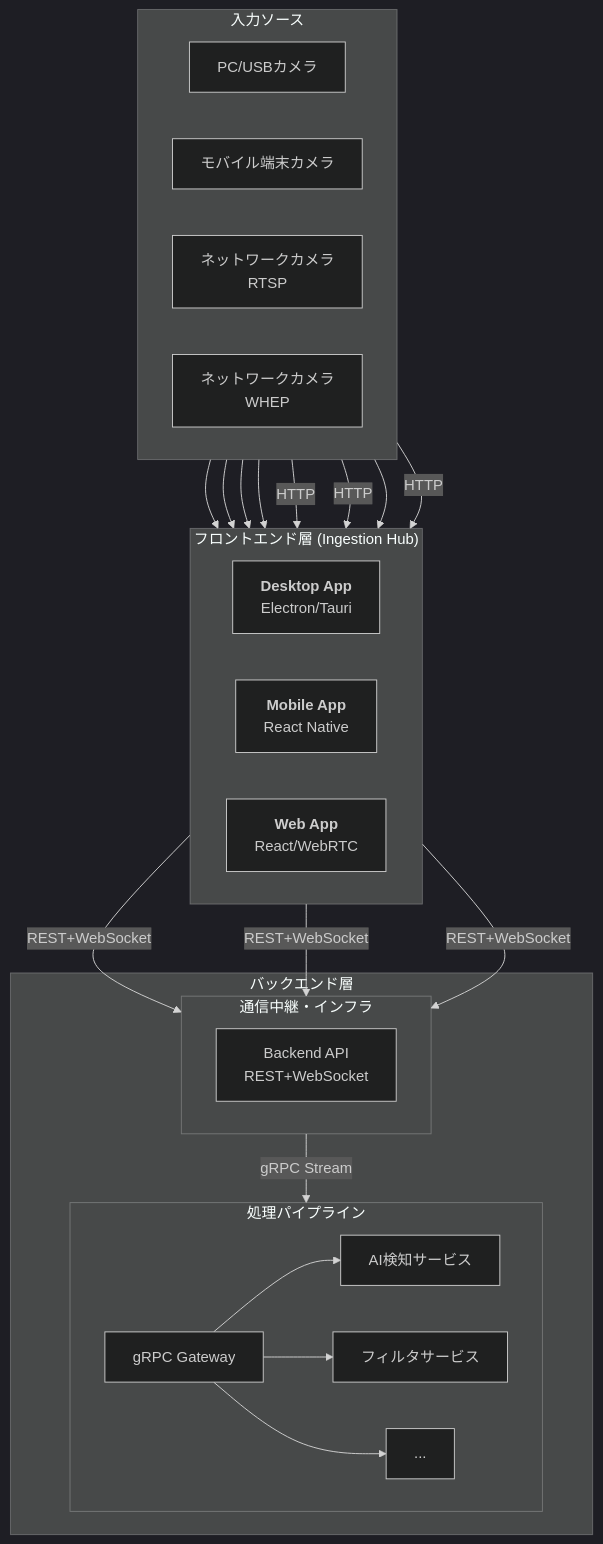
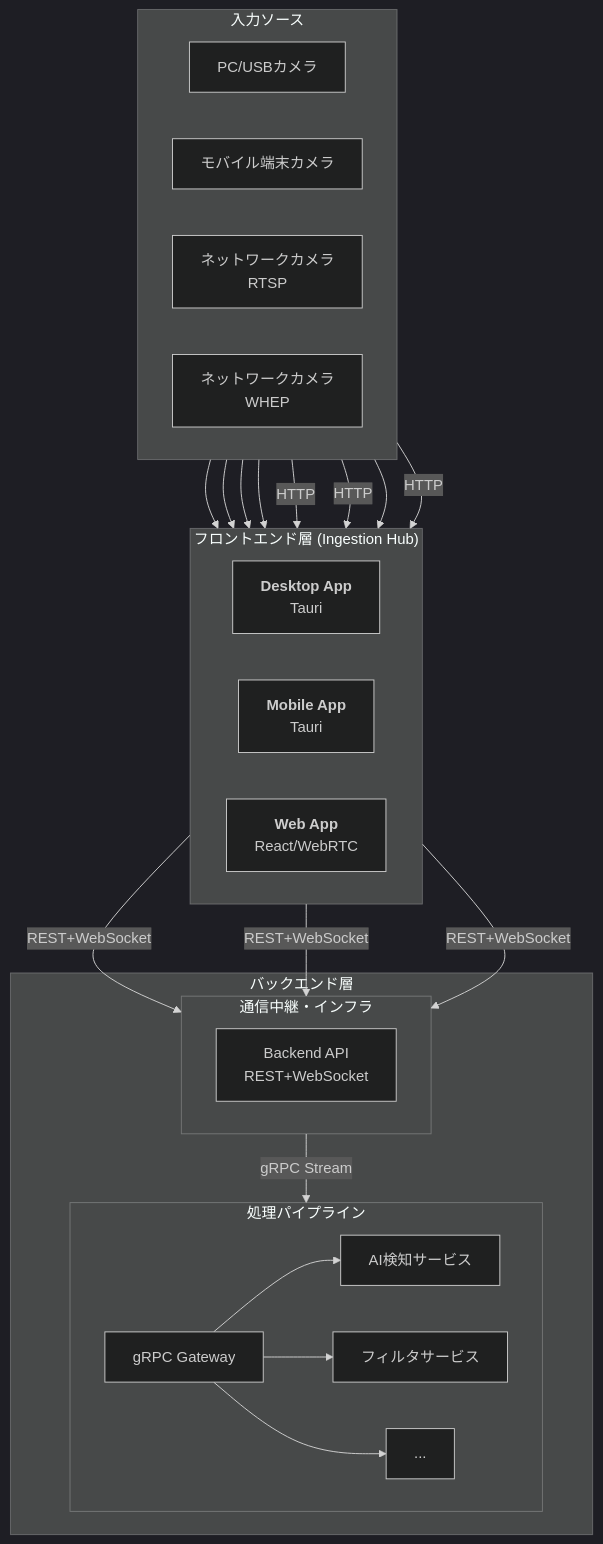
Before and after one commit to daichiTAAA/ImageFlowCanvas: the diagram in docs/0300_設計_アプローチ1/0310_リアルタイム処理設計.md, drawn with Mermaid (dark theme). The commit also changed other lines of this file and 7 other files, not shown here.

````diff
--- a/docs/0300_設計_アプローチ1/0310_リアルタイム処理設計.md
+++ b/docs/0300_設計_アプローチ1/0310_リアルタイム処理設計.md
@@ -17,46 +17,46 @@
 ```mermaid
 flowchart TD
     subgraph "入力ソース"  
         direction LR  
         LocalCam[PC/USBカメラ]  
         MobileCam[モバイル端末カメラ]  
         RTSPCam[ネットワークカメラ<br/>RTSP]  
         WHEPCam[ネットワークカメラ<br/>WHEP]  
     end
 
     subgraph "フロントエンド層 (Ingestion Hub)"  
         direction LR  
-        DesktopApp[<b>Desktop App</b><br/>Electron/Tauri]  
-        MobileApp[<b>Mobile App</b><br/>React Native]  
+        DesktopApp[<b>Desktop App</b><br/>Tauri]  
+        MobileApp[<b>Mobile App</b><br/>Tauri]  
         WebApp[<b>Web App</b><br/>React/WebRTC]  
     end
 
     subgraph "バックエンド層"  
         subgraph "通信中継・インフラ"  
             direction LR  
             Backend[Backend API<br/>REST+WebSocket]  
         end  
         subgraph "処理パイプライン"  
             direction LR  
             gRPCGateway[gRPC Gateway]  
             AIService[AI検知サービス]  
             FilterService[フィルタサービス]  
             etc[...]  
         end  
     end
 
     %% Flows  
     LocalCam --> DesktopApp  
     MobileCam --> MobileApp  
     RTSPCam --> DesktopApp & MobileApp  
     WHEPCam -->|HTTP| DesktopApp & MobileApp  
     LocalCam --> WebApp  
     WHEPCam -->|HTTP| WebApp
 
     DesktopApp -->|REST+WebSocket| Backend  
     MobileApp -->|REST+WebSocket| Backend  
     WebApp -->|REST+WebSocket| Backend  
       
     Backend -->|gRPC Stream| gRPCGateway  
     gRPCGateway --> AIService & FilterService & etc
 ```
````
